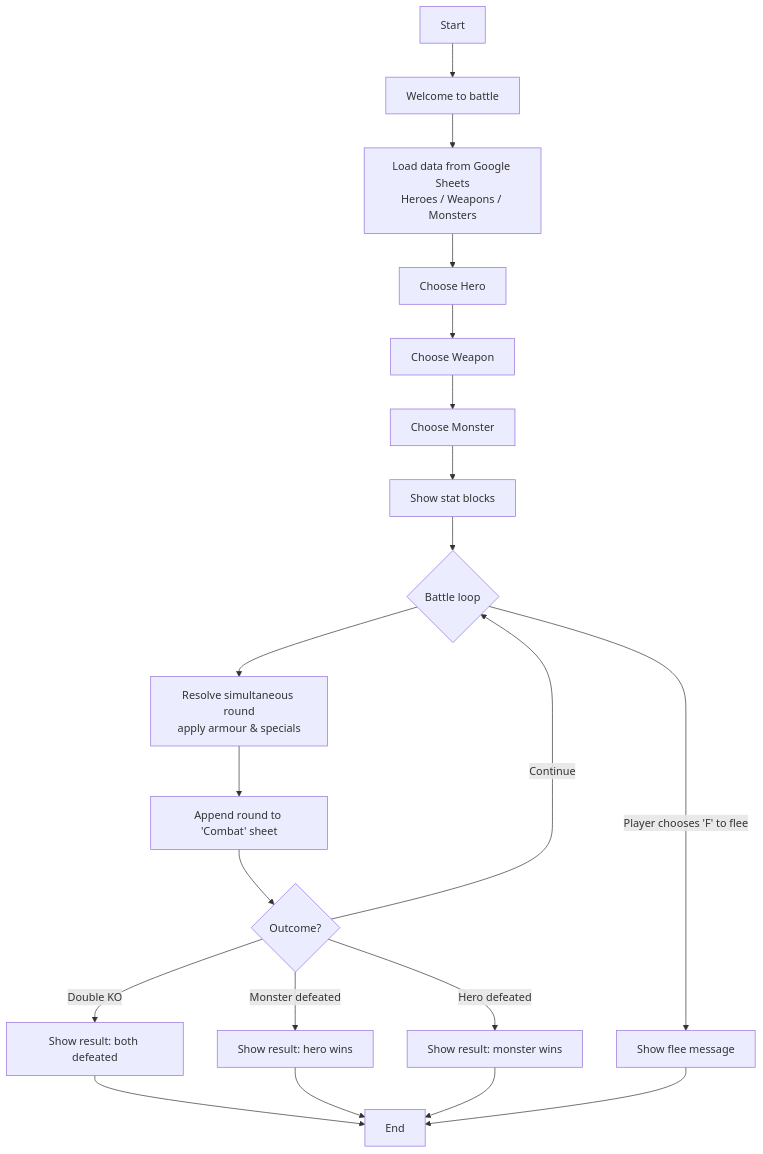
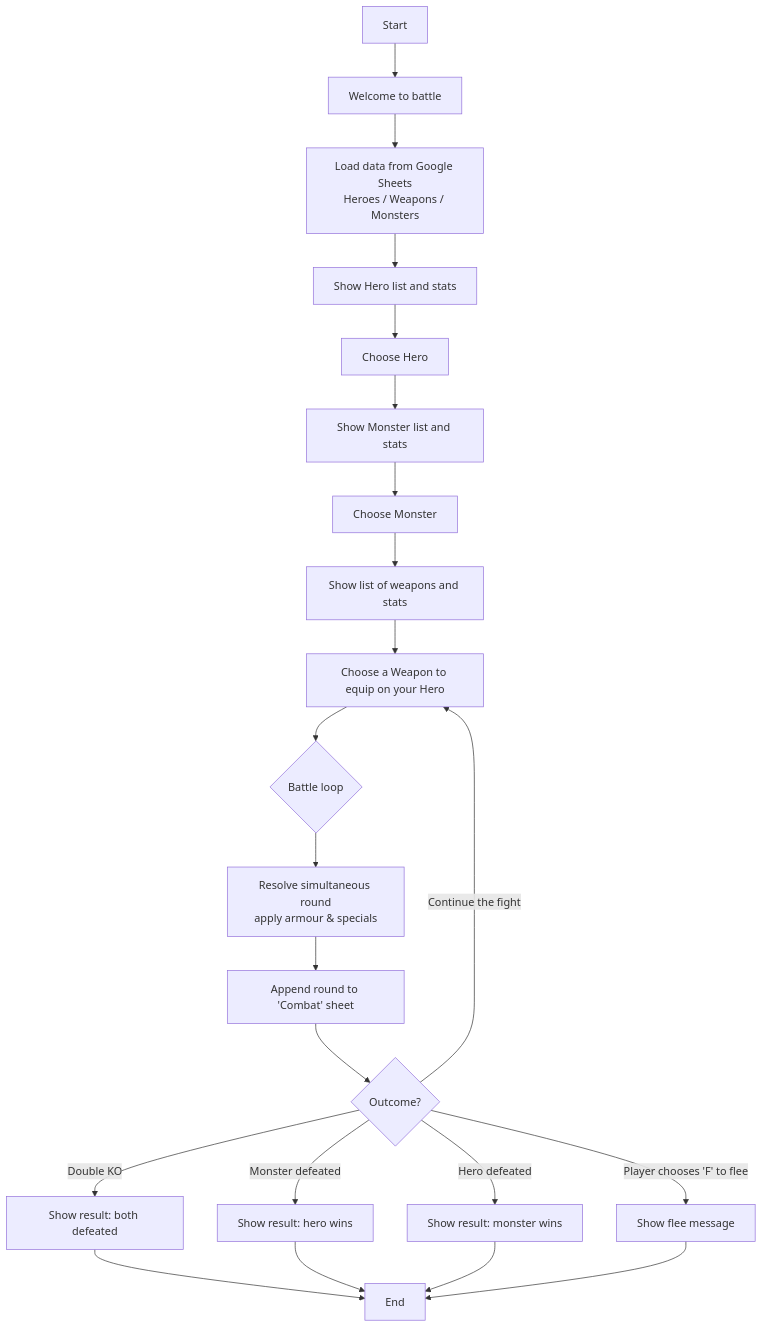
One commit to Agnogh/training_grounds_for_Python changed the diagram in README.md. Above: the diagram before and after it, drawn with Mermaid. The commit also changed other lines of this file, not shown here.

Commit message:
final clean up of ReadMe  (spelling check, flowchart improvements, links to pictures verified)

````diff
--- a/README.md
+++ b/README.md
@@ -175,20 +175,22 @@
 ```mermaid
 
 flowchart TD
   A[Start] --> B[Welcome to battle]
   B --> C[Load data from Google Sheets<br/>Heroes / Weapons / Monsters]
-  C --> D[Choose Hero]
-  D --> E[Choose Weapon]
-  E --> F[Choose Monster]
-  F --> G[Show stat blocks]
-  G --> H{Battle loop}
-  H --> I[Resolve simultaneous round<br/>apply armour & specials]
-  I --> J[Append round to 'Combat' sheet]
-  J --> K{Outcome?}
-  K -->|Double KO| L[Show result: both defeated] --> Z[End]
-  K -->|Monster defeated| M[Show result: hero wins] --> Z
-  K -->|Hero defeated| N[Show result: monster wins] --> Z
-  K -->|Continue| H
-  H -->|Player chooses 'F' to flee| P[Show flee message] --> Z
+  C --> D[Show Hero list and stats]
+  D --> E[Choose Hero]
+  E --> F[Show Monster list and stats]
+  F --> G[Choose Monster]
+  G --> H[Show list of weapons and stats]
+  H --> I[Choose a Weapon to equip on your Hero]
+  I --> J{Battle loop}
+  J --> K[Resolve simultaneous round<br/>apply armour & specials]
+  K --> L[Append round to 'Combat' sheet]
+  L --> M{Outcome?}
+  M -->|Double KO| N[Show result: both defeated] --> Z[End]
+  M -->|Monster defeated| O[Show result: hero wins] --> Z
+  M -->|Hero defeated| P[Show result: monster wins] --> Z
+  M -->|Continue the fight| I
+  M -->|Player chooses 'F' to flee| R[Show flee message] --> Z
 
 ```
````
